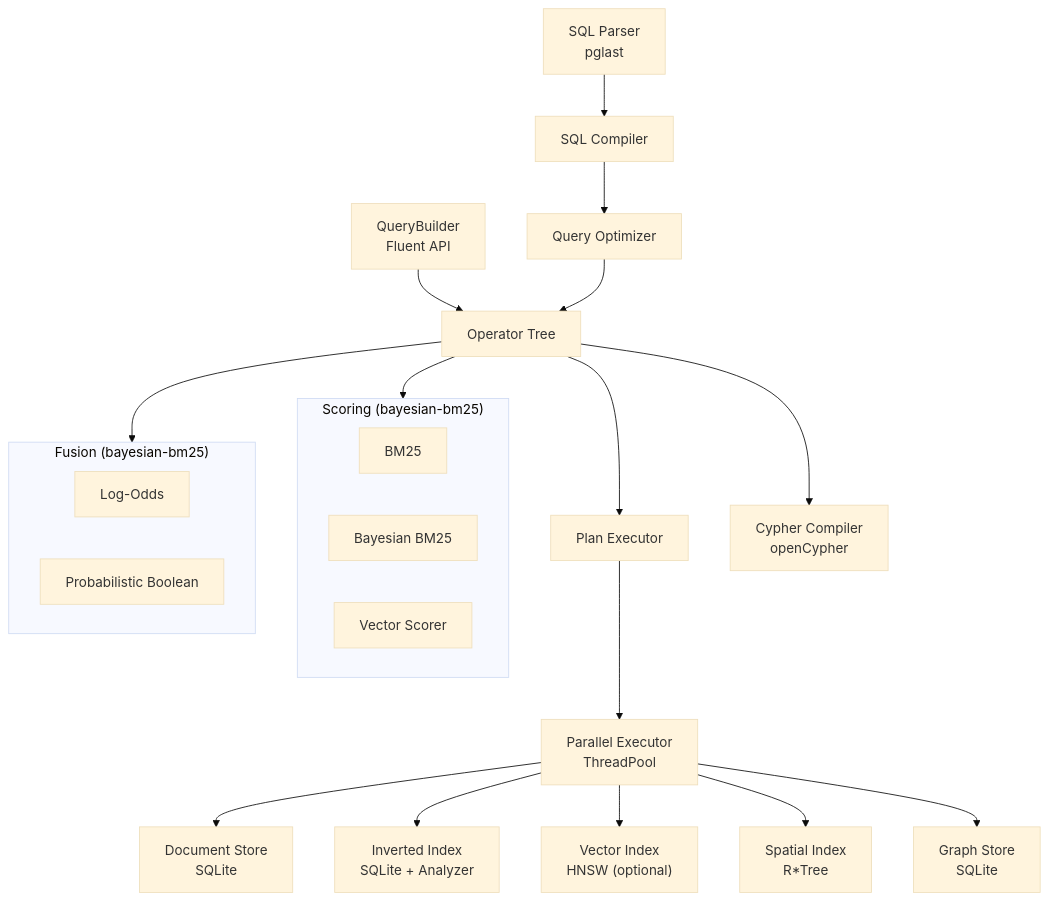
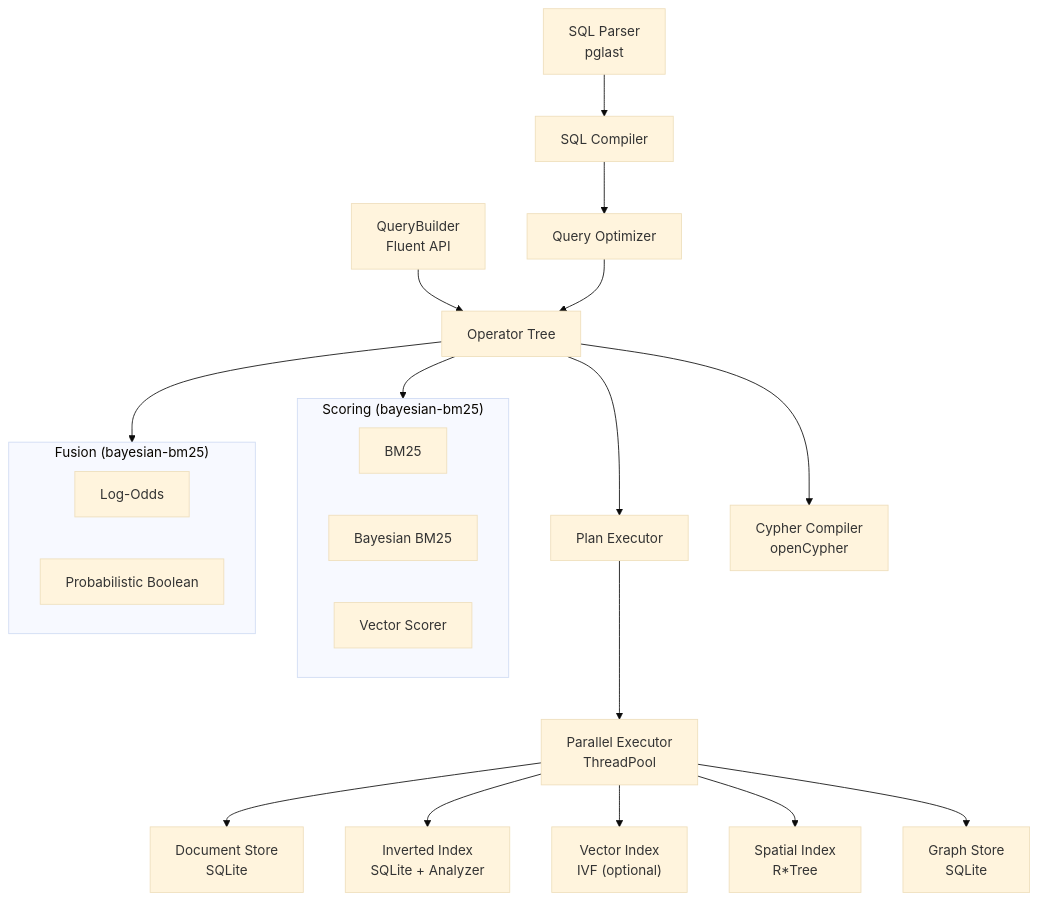
The diagram in README.md (cognica-io/uqa), drawn with Mermaid (base theme) before and after one commit. The commit also changed other lines of this file and 9 other files, not shown here.

Commit message:
Bump version to 0.14.0 with IVF vector index and reduced dependencies

````diff
--- a/README.md
+++ b/README.md
@@ -179,31 +179,31 @@
 ```mermaid
 graph TD
     SQL[SQL Parser<br/>pglast] --> Compiler[SQL Compiler]
     QB[QueryBuilder<br/>Fluent API] --> Operators
 
     Compiler --> Optimizer[Query Optimizer]
     Optimizer --> Operators[Operator Tree]
     Operators --> Executor[Plan Executor]
     Executor --> PAR[Parallel Executor<br/>ThreadPool]
     Operators --> Cypher[Cypher Compiler<br/>openCypher]
 
     PAR --> DS[Document Store<br/>SQLite]
     PAR --> II[Inverted Index<br/>SQLite + Analyzer]
-    PAR --> VI["Vector Index<br/>HNSW (optional)"]
+    PAR --> VI["Vector Index<br/>IVF (optional)"]
     PAR --> SI[Spatial Index<br/>R*Tree]
     PAR --> GS[Graph Store<br/>SQLite]
 
     subgraph Scoring ["Scoring (bayesian-bm25)"]
         BM25[BM25]
         BBFS[Bayesian BM25]
         VS[Vector Scorer]
     end
 
     subgraph Fusion ["Fusion (bayesian-bm25)"]
         LO[Log-Odds]
         PB[Probabilistic Boolean]
     end
 
     Operators --> Scoring
     Operators --> Fusion
 ```
````
